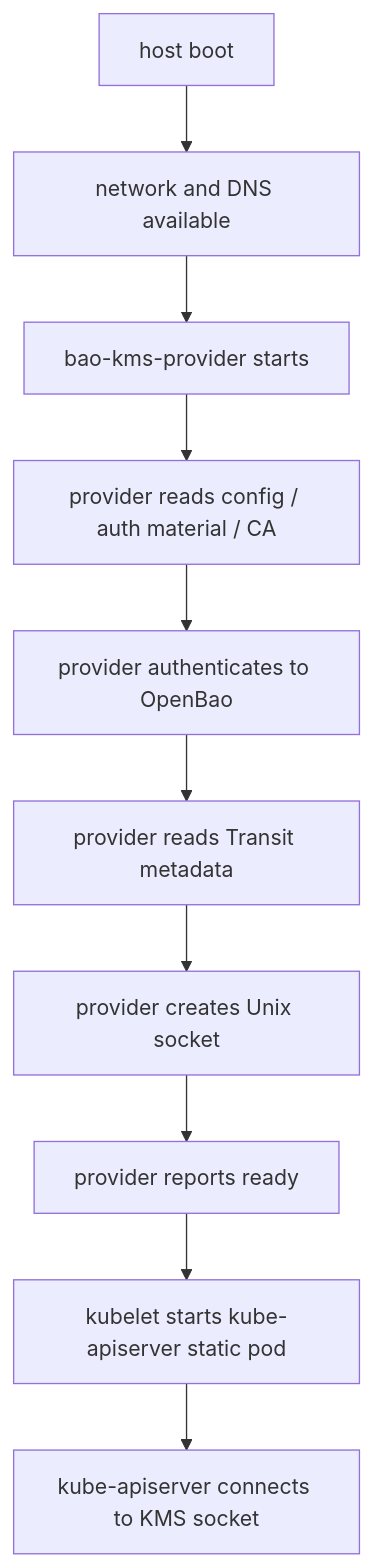
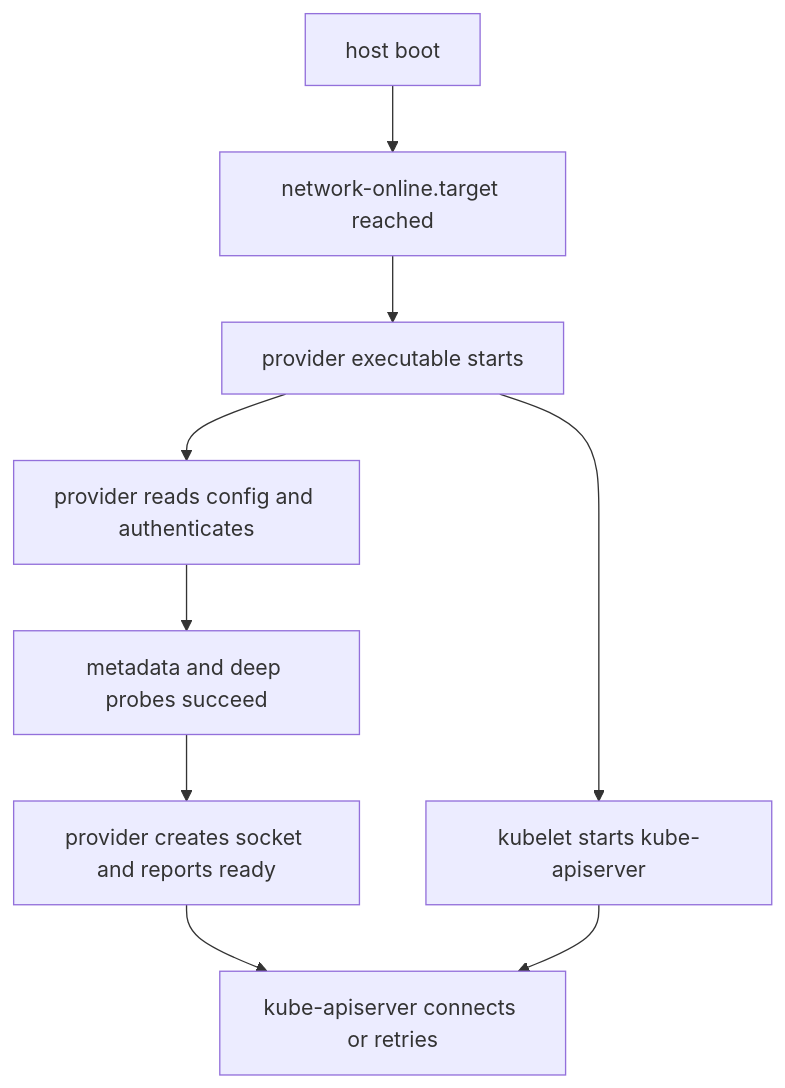
The fourth of 5 diagrams in docs/architecture/overview.md (dc-tec/openbao-kubernetes-kms), drawn with Mermaid before and after one commit. The commit also changed other lines of this file and 4 other files, not shown here.

````diff
--- a/docs/architecture/overview.md
+++ b/docs/architecture/overview.md
@@ -147,15 +152,15 @@
 ```mermaid
 flowchart TD
     A["host boot"]
-    B["network and DNS available"]
-    C["bao-kms-provider starts"]
-    D["provider reads config / auth material / CA"]
-    E["provider authenticates to OpenBao"]
-    F["provider reads Transit metadata"]
-    G["provider creates Unix socket"]
-    H["provider reports ready"]
-    I["kubelet starts kube-apiserver static pod"]
-    J["kube-apiserver connects to KMS socket"]
+    B["network-online.target reached"]
+    C["provider executable starts"]
+    D["provider reads config and authenticates"]
+    E["metadata and deep probes succeed"]
+    F["provider creates socket and reports ready"]
+    G["kubelet starts kube-apiserver"]
+    H["kube-apiserver connects or retries"]
 
-    A --> B --> C --> D --> E --> F --> G --> H --> I --> J
+    A --> B --> C
+    C --> D --> E --> F --> H
+    C --> G --> H
 ```
````
